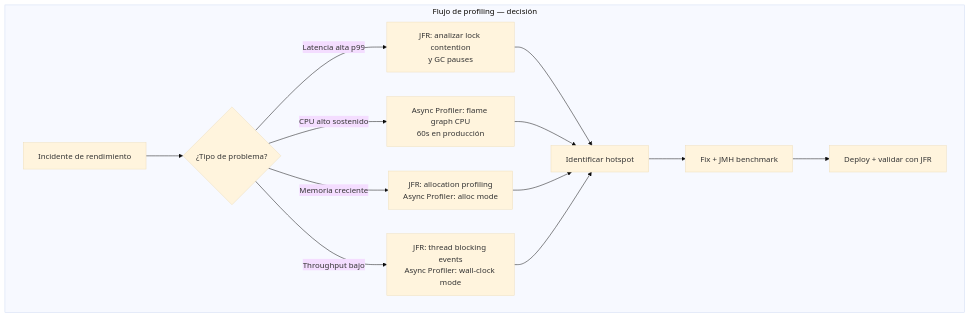
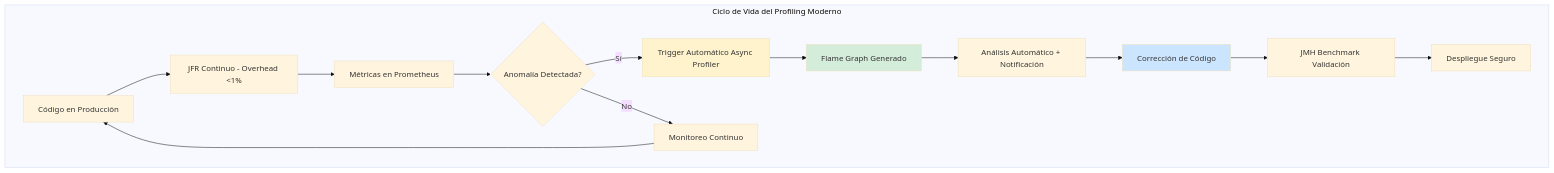
The first of 4 diagrams in 01_Java_Core/profiling_avanzado_en_java_con_jfr_y_async_profiler_STAFF.md (Joaquinriosheredia/DAM-Java-Mastery), drawn with Mermaid (base theme) before and after one commit. The commit also changed other lines of this file, not shown here.

Commit message:
profiling_avanzado_en_java_con_jfr_y_async_profiler_STAFF.md

````diff
--- a/01_Java_Core/profiling_avanzado_en_java_con_jfr_y_async_profiler_STAFF.md
+++ b/01_Java_Core/profiling_avanzado_en_java_con_jfr_y_async_profiler_STAFF.md
@@ -39,16 +38,22 @@
 ```mermaid
 graph TD
-    subgraph "Flujo de profiling — decisión"
-        A[Incidente de rendimiento] --> B{¿Tipo de problema?}
-        B -->|Latencia alta p99| C[JFR: analizar lock contention\ny GC pauses]
-        B -->|CPU alto sostenido| D[Async Profiler: flame graph CPU\n60s en producción]
-        B -->|Memoria creciente| E[JFR: allocation profiling\nAsync Profiler: alloc mode]
-        B -->|Throughput bajo| F[JFR: thread blocking events\nAsync Profiler: wall-clock mode]
-        C --> G[Identificar hotspot]
-        D --> G
-        E --> G
-        F --> G
-        G --> H[Fix + JMH benchmark]
-        H --> I[Deploy + validar con JFR]
+    subgraph "Ciclo de Vida del Profiling Moderno"
+        CODE[Código en Producción] --> JFR[JFR Continuo - Overhead <1%]
+        JFR --> METRICS[Métricas en Prometheus]
+        METRICS --> ALERT{Anomalía Detectada?}
+        
+        ALERT -->|Sí| TRIGGER[Trigger Automático Async Profiler]
+        TRIGGER --> FLAME[Flame Graph Generado]
+        FLAME --> ANALYSIS[Análisis Automático + Notificación]
+        ANALYSIS --> FIX[Corrección de Código]
+        FIX --> BENCHMARK[JMH Benchmark Validación]
+        BENCHMARK --> DEPLOY[Despliegue Seguro]
+        
+        ALERT -->|No| MON[Monitoreo Continuo]
+        MON --> CODE
     end
+    
+    style TRIGGER fill:#fff3cd
+    style FLAME fill:#d4edda
+    style FIX fill:#cce5ff
 ```
````
